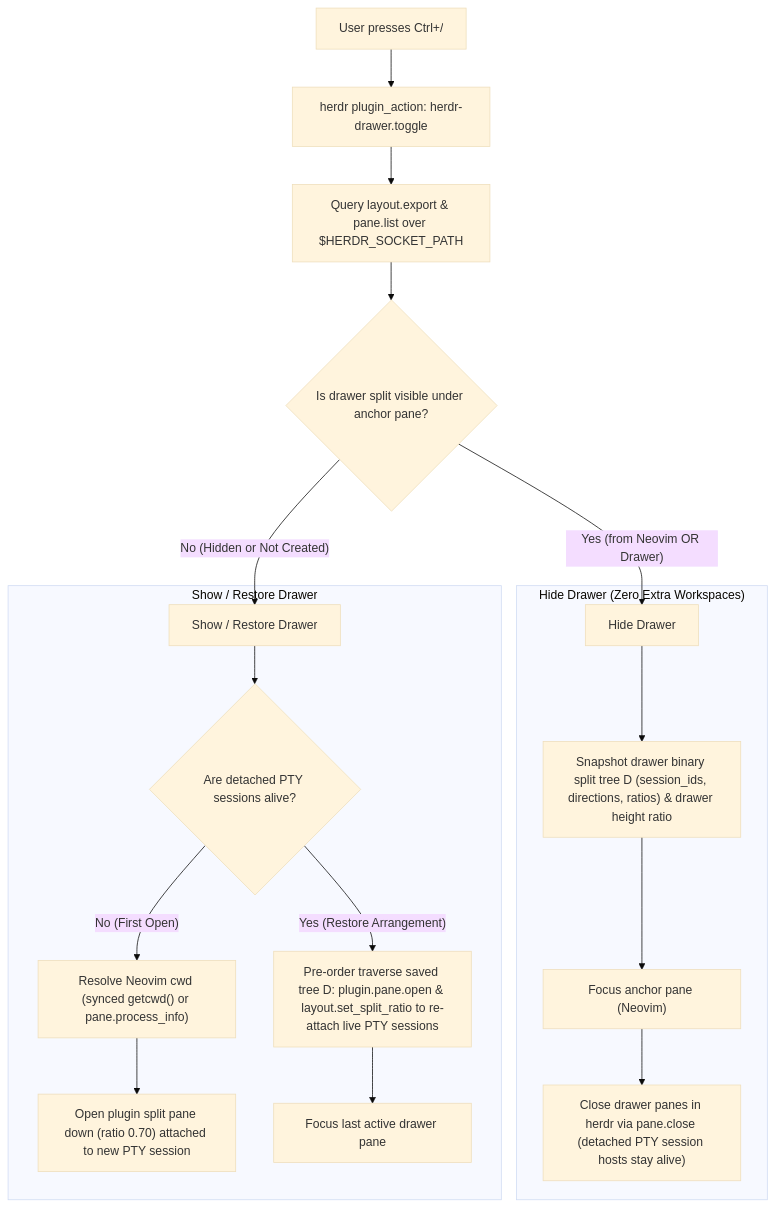
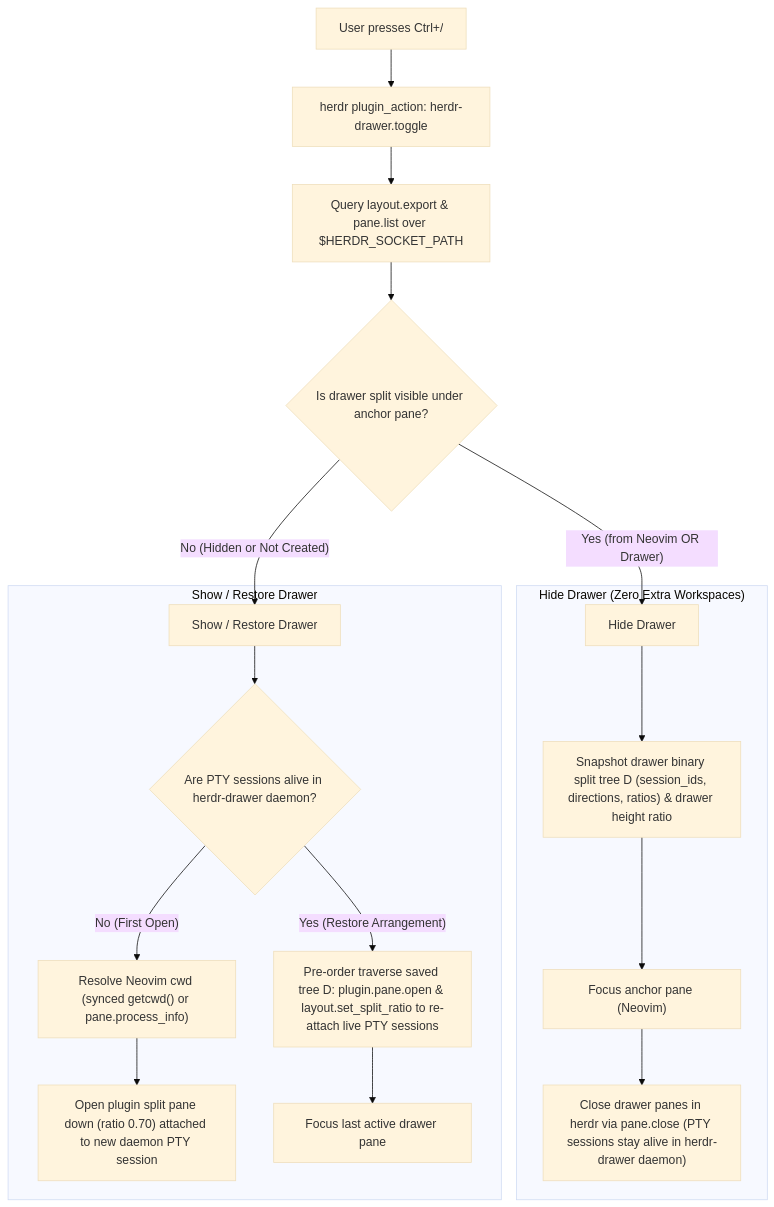
The first of 2 diagrams in README.md (iancharters/herdr-drawer), drawn with Mermaid (base theme) before and after one commit. The commit also changed other lines of this file and 2 other files, not shown here.

Commit message:
docs(readme): document multiplexer daemon and add demo gif

````diff
--- a/README.md
+++ b/README.md
@@ -72,23 +74,23 @@
 ```mermaid
 flowchart TD
     KeyPress["User presses Ctrl+/"] --> HerdrAction["herdr plugin_action: herdr-drawer.toggle"]
     HerdrAction --> InspectLayout["Query layout.export & pane.list over $HERDR_SOCKET_PATH"]
     InspectLayout --> IsVisible{"Is drawer split visible under anchor pane?"}
 
     IsVisible -->|"Yes (from Neovim OR Drawer)"| HideFlow["Hide Drawer"]
     IsVisible -->|"No (Hidden or Not Created)"| ShowFlow["Show / Restore Drawer"]
 
     subgraph hideSubgraph ["Hide Drawer (Zero Extra Workspaces)"]
         HideFlow --> SnapshotTree["Snapshot drawer binary split tree D (session_ids, directions, ratios) & drawer height ratio"]
         SnapshotTree --> FocusEditor["Focus anchor pane (Neovim)"]
-        FocusEditor --> ClosePanes["Close drawer panes in herdr via pane.close (detached PTY session hosts stay alive)"]
+        FocusEditor --> ClosePanes["Close drawer panes in herdr via pane.close (PTY sessions stay alive in herdr-drawer daemon)"]
     end
 
     subgraph showSubgraph ["Show / Restore Drawer"]
-        ShowFlow --> HasAlivePanes{"Are detached PTY sessions alive?"}
+        ShowFlow --> HasAlivePanes{"Are PTY sessions alive in herdr-drawer daemon?"}
         HasAlivePanes -->|"No (First Open)"| ResolveCwd["Resolve Neovim cwd (synced getcwd() or pane.process_info)"]
-        ResolveCwd --> SplitDown["Open plugin split pane down (ratio 0.70) attached to new PTY session"]
+        ResolveCwd --> SplitDown["Open plugin split pane down (ratio 0.70) attached to new daemon PTY session"]
         HasAlivePanes -->|"Yes (Restore Arrangement)"| PreOrder["Pre-order traverse saved tree D: plugin.pane.open & layout.set_split_ratio to re-attach live PTY sessions"]
         PreOrder --> RestoreFocus["Focus last active drawer pane"]
     end
 ```
````
